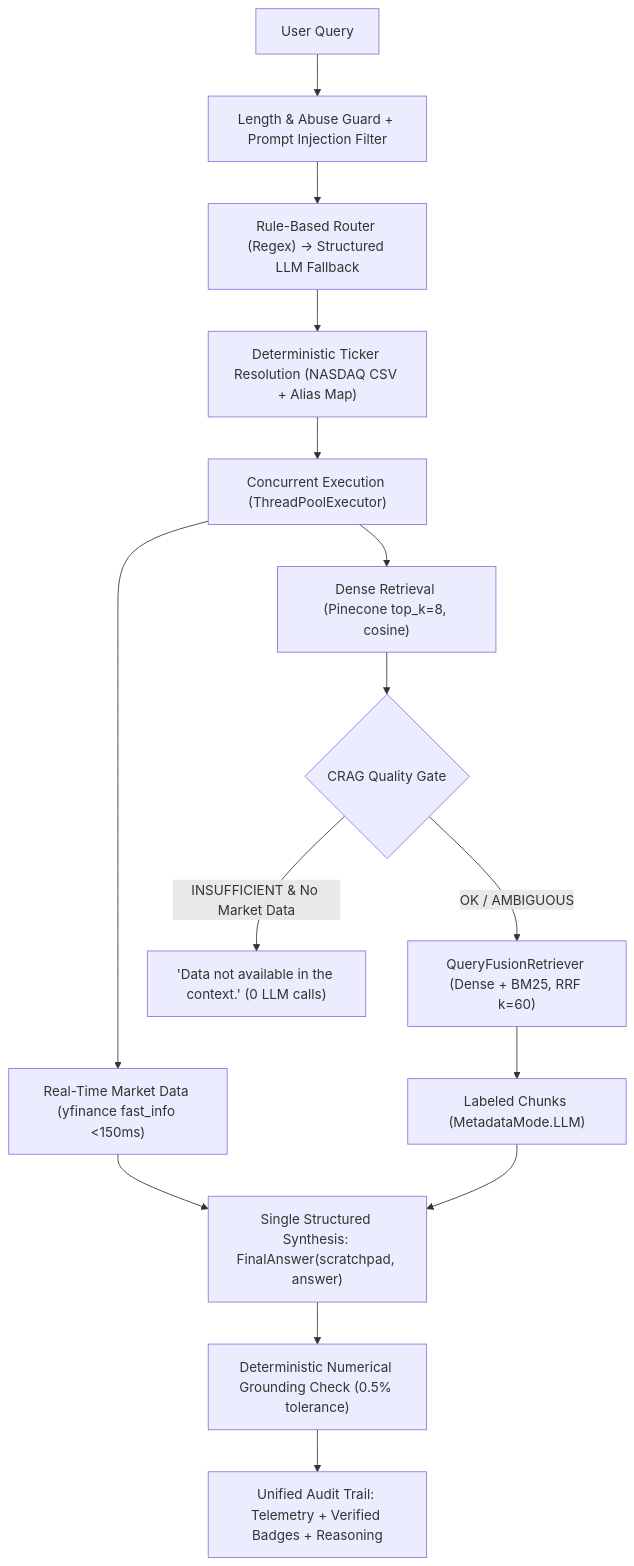
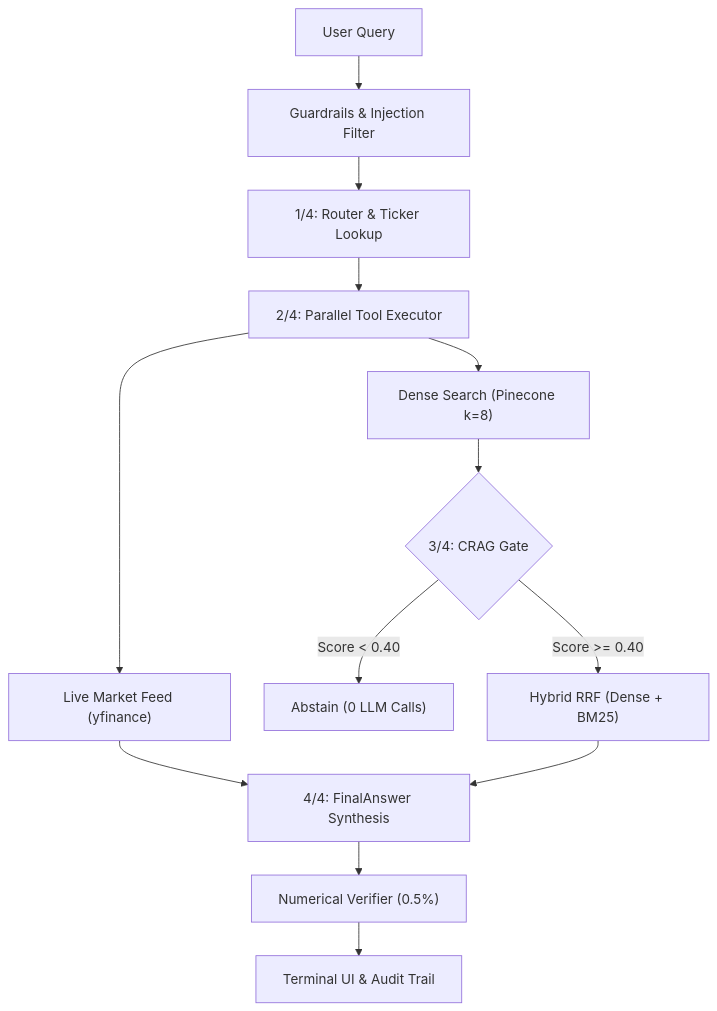
The diagram in README.md (aarya-pabha/edgar-pulse), drawn with Mermaid before and after one commit. The commit also changed other lines of this file, not shown here.

Commit message:
docs(readme): update architecture flowchart and benchmark comparison to V1 vs V2

````diff
--- a/README.md
+++ b/README.md
@@ -181,33 +63,16 @@
 ```mermaid
-
+%%{init: {'flowchart': {'padding': 16, 'nodeSpacing': 40, 'rankSpacing': 40}}}%%
 flowchart TD
-
-    Q["User Query"] --> L["Length & Abuse Guard + Prompt Injection Filter"]
-
-    L --> R["Rule-Based Router (Regex) → Structured LLM Fallback"]
-
-    R --> T["Deterministic Ticker Resolution (NASDAQ CSV + Alias Map)"]
-
-    T --> PAR["Concurrent Execution (ThreadPoolExecutor)"]
-
-    PAR --> MD["Real-Time Market Data (yfinance fast_info <150ms)"]
-
-    PAR --> DR["Dense Retrieval (Pinecone top_k=8, cosine)"]
-
-    DR --> CRAG{"CRAG Quality Gate"}
-
-    CRAG -- INSUFFICIENT & No Market Data --> REF["'Data not available in the context.' (0 LLM calls)"]
-
-    CRAG -- OK / AMBIGUOUS --> FUS["QueryFusionRetriever (Dense + BM25, RRF k=60)"]
-
-    FUS --> LBL["Labeled Chunks (MetadataMode.LLM)"]
-
-    MD --> SYN
-
-    LBL --> SYN["Single Structured Synthesis: FinalAnswer(scratchpad, answer)"]
-
-    SYN --> NG["Deterministic Numerical Grounding Check (0.5% tolerance)"]
-
-    NG --> OUT["Unified Audit Trail: Telemetry + Verified Badges + Reasoning"]
-
+    Q["User Query"] --> G["Guardrails & Injection Filter"]
+    G --> P1["1/4: Router & Ticker Lookup"]
+    P1 --> P2["2/4: Parallel Tool Executor"]
+    P2 --> MD["Live Market Feed (yfinance)"]
+    P2 --> DR["Dense Search (Pinecone k=8)"]
+    DR --> CRAG{"3/4: CRAG Gate"}
+    CRAG -- "Score < 0.40" --> REF["Abstain (0 LLM Calls)"]
+    CRAG -- "Score >= 0.40" --> FUS["Hybrid RRF (Dense + BM25)"]
+    MD --> SYN["4/4: FinalAnswer Synthesis"]
+    FUS --> SYN
+    SYN --> NG["Numerical Verifier (0.5%)"]
+    NG --> OUT["Terminal UI & Audit Trail"]
 ```
````
